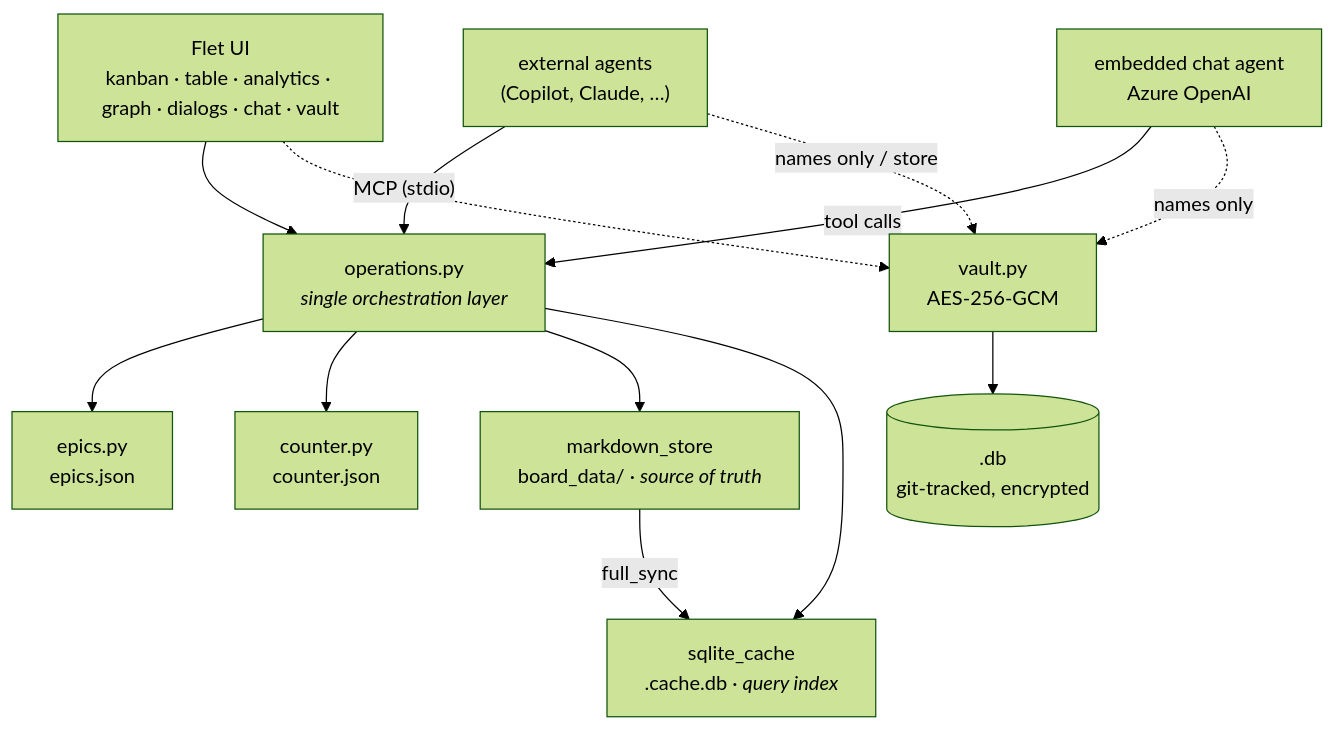
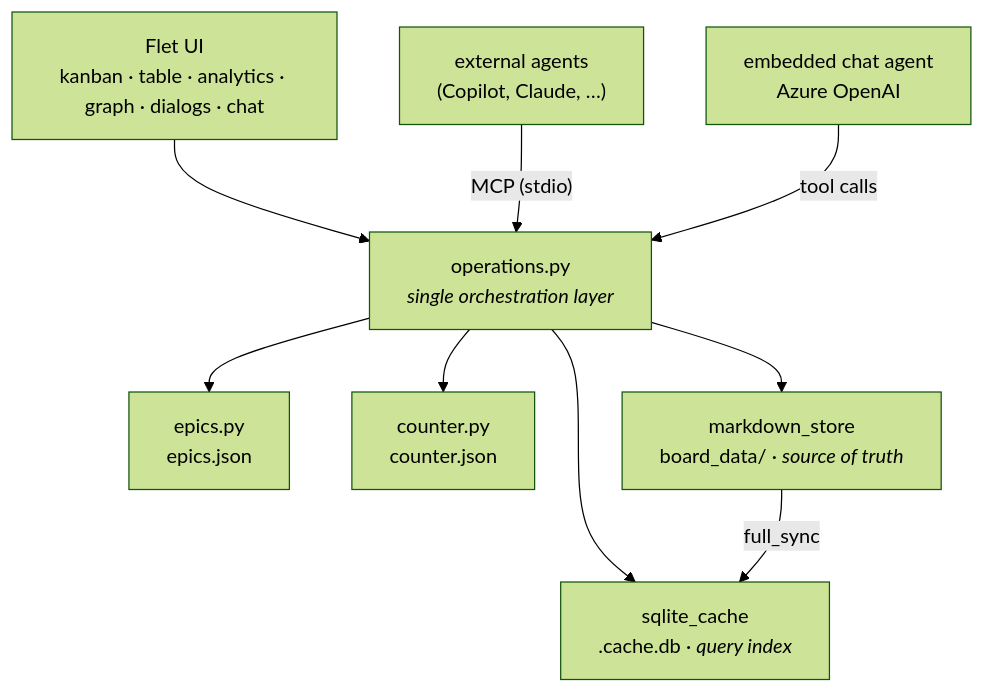
The diagram in docs/v2.md (particle1331/kanbai), drawn with Mermaid (forest theme) before and after one commit. The commit also changed other lines of this file and 17 other files, not shown here.

Commit message:
Retire kanban vault feature.

````diff
--- a/docs/v2.md
+++ b/docs/v2.md
@@ -67,26 +62,20 @@
 ```mermaid
 flowchart TD
-    UI["Flet UI<br/>kanban · table · analytics · graph · dialogs · chat · vault"]
+    UI["Flet UI<br/>kanban · table · analytics · graph · dialogs · chat"]
     EXT["external agents<br/>(Copilot, Claude, …)"]
     CHAT["embedded chat agent<br/>Azure OpenAI"]
     OPS["operations.py<br/><i>single orchestration layer</i>"]
     EPICS["epics.py<br/>epics.json"]
     COUNTER["counter.py<br/>counter.json"]
     MD["markdown_store<br/>board_data/ &middot; <i>source of truth</i>"]
     CACHE["sqlite_cache<br/>.cache.db &middot; <i>query index</i>"]
-    VAULT["vault.py<br/>AES-256-GCM"]
-    SDB[(".db<br/>git-tracked, encrypted")]
 
     UI --> OPS
     EXT -- "MCP (stdio)" --> OPS
     CHAT -- "tool calls" --> OPS
     OPS --> EPICS
     OPS --> COUNTER
     OPS --> MD
     OPS --> CACHE
     MD -- "full_sync" --> CACHE
-    UI -.-> VAULT
-    CHAT -. "names only" .-> VAULT
-    EXT -. "names only / store" .-> VAULT
-    VAULT --> SDB
 ```
````
